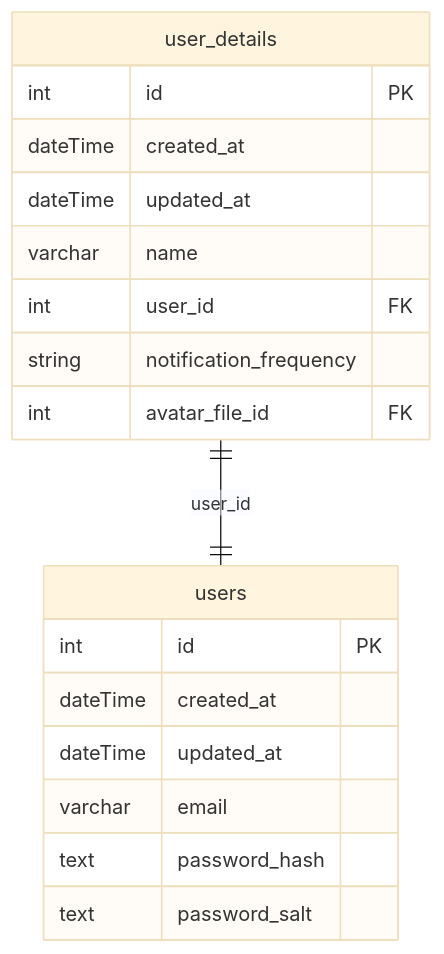
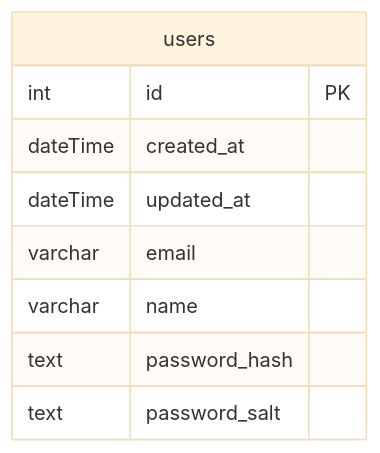
The diagram in readme.md (BinaryStudioAcademy/bsa-2025-checkly), drawn with Mermaid (base theme) before and after one commit.

Commit message:
fix: remove redudnant table from schema cy-0

````diff
--- a/readme.md
+++ b/readme.md
@@ -29,24 +29,14 @@
 ```mermaid
 
 erDiagram
     users {
         int id PK
         dateTime created_at
         dateTime updated_at
         varchar email
+        varchar name
         text password_hash
         text password_salt
     }
 
-    user_details ||--|| users: user_id
-    user_details {
-        int id PK
-        dateTime created_at
-        dateTime updated_at
-        varchar name
-        int user_id FK
-        string notification_frequency
-        int avatar_file_id FK
-    }
-
 ```
````
